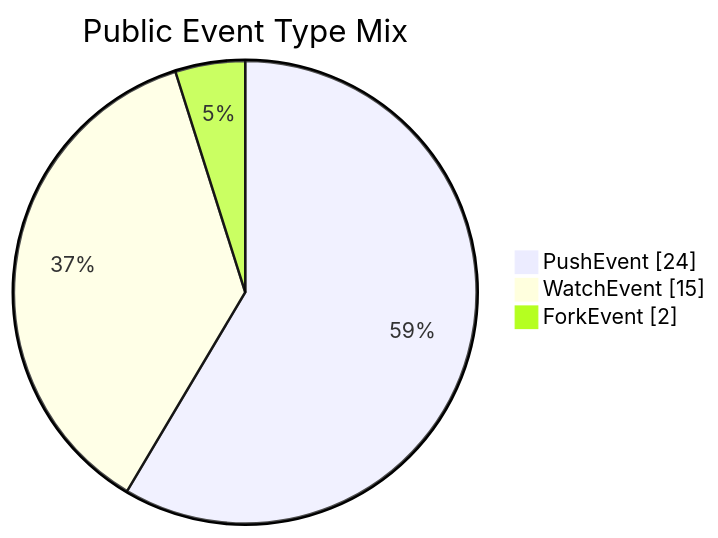
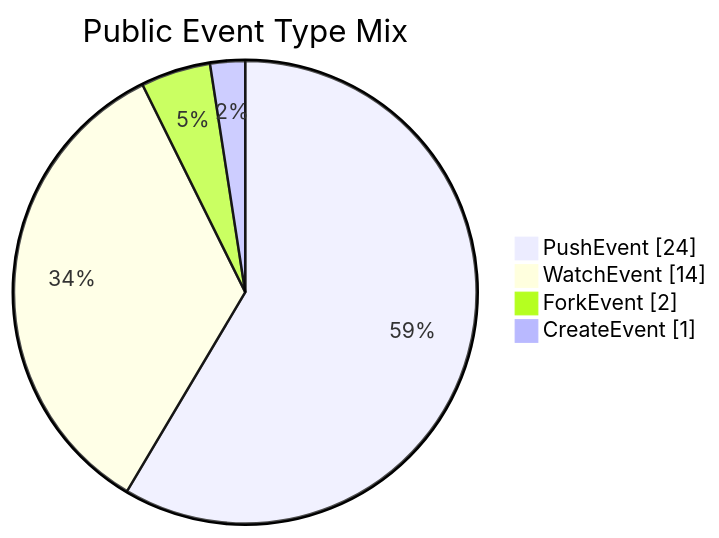
Before and after one commit to manhquydev/manhquydev: the second of 2 diagrams in README.md, drawn with Mermaid. The commit also changed other lines of this file and 4 other files, not shown here.

````diff
--- a/README.md
+++ b/README.md
@@ -136,7 +138,8 @@
 ```mermaid
 pie showData
   title Public Event Type Mix
   "PushEvent" : 24
-  "WatchEvent" : 15
+  "WatchEvent" : 14
   "ForkEvent" : 2
+  "CreateEvent" : 1
 ```
````
